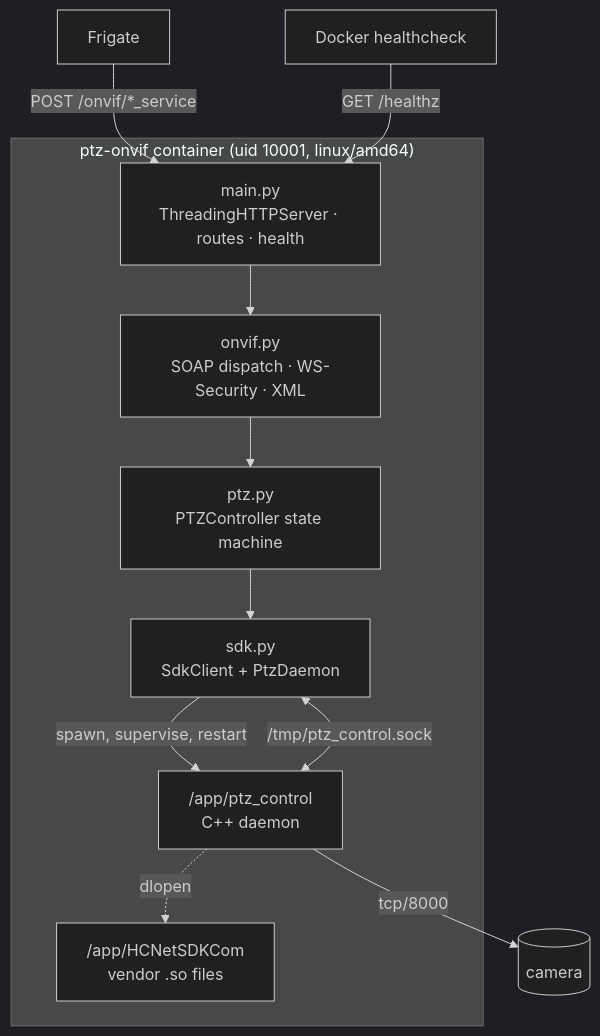
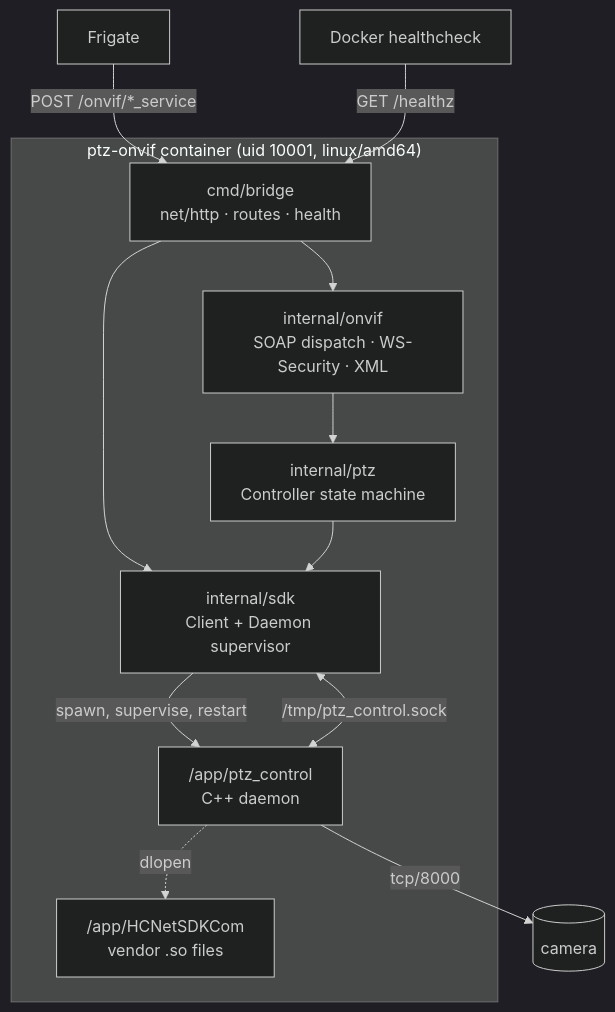
One commit to mabbas007/ezviz-ptz changed the second of 11 diagrams in ARCHITECTURE.md. Above: the diagram before and after it, drawn with Mermaid (dark theme). The commit also changed other lines of this file and 40 other files, not shown here.

First line of the commit message:
Port the ONVIF bridge from Python to Go

````diff
--- a/ARCHITECTURE.md
+++ b/ARCHITECTURE.md
@@ -104,20 +105,22 @@
 ```mermaid
 flowchart TB
     subgraph CONTAINER["ptz-onvif container (uid 10001, linux/amd64)"]
-        MAIN["main.py<br/>ThreadingHTTPServer · routes · health"]
-        ONVIF["onvif.py<br/>SOAP dispatch · WS-Security · XML"]
-        PTZ["ptz.py<br/>PTZController state machine"]
-        SDK["sdk.py<br/>SdkClient + PtzDaemon"]
+        MAIN["cmd/bridge<br/>net/http · routes · health"]
+        ONVIF["internal/onvif<br/>SOAP dispatch · WS-Security · XML"]
+        PTZ["internal/ptz<br/>Controller state machine"]
+        SDK["internal/sdk<br/>Client + Daemon supervisor"]
         BIN["/app/ptz_control<br/>C++ daemon"]
         LIBS["/app/HCNetSDKCom<br/>vendor .so files"]
 
-        MAIN --> ONVIF --> PTZ --> SDK
+        MAIN --> ONVIF --> PTZ
+        MAIN --> SDK
+        PTZ --> SDK
         SDK -->|"spawn, supervise, restart"| BIN
         SDK <-->|"/tmp/ptz_control.sock"| BIN
         BIN -.->|"dlopen"| LIBS
     end
 
     FR["Frigate"] -->|"POST /onvif/*_service"| MAIN
     HC["Docker healthcheck"] -->|"GET /healthz"| MAIN
     BIN -->|"tcp/8000"| CAM[("camera")]
 ```
````
